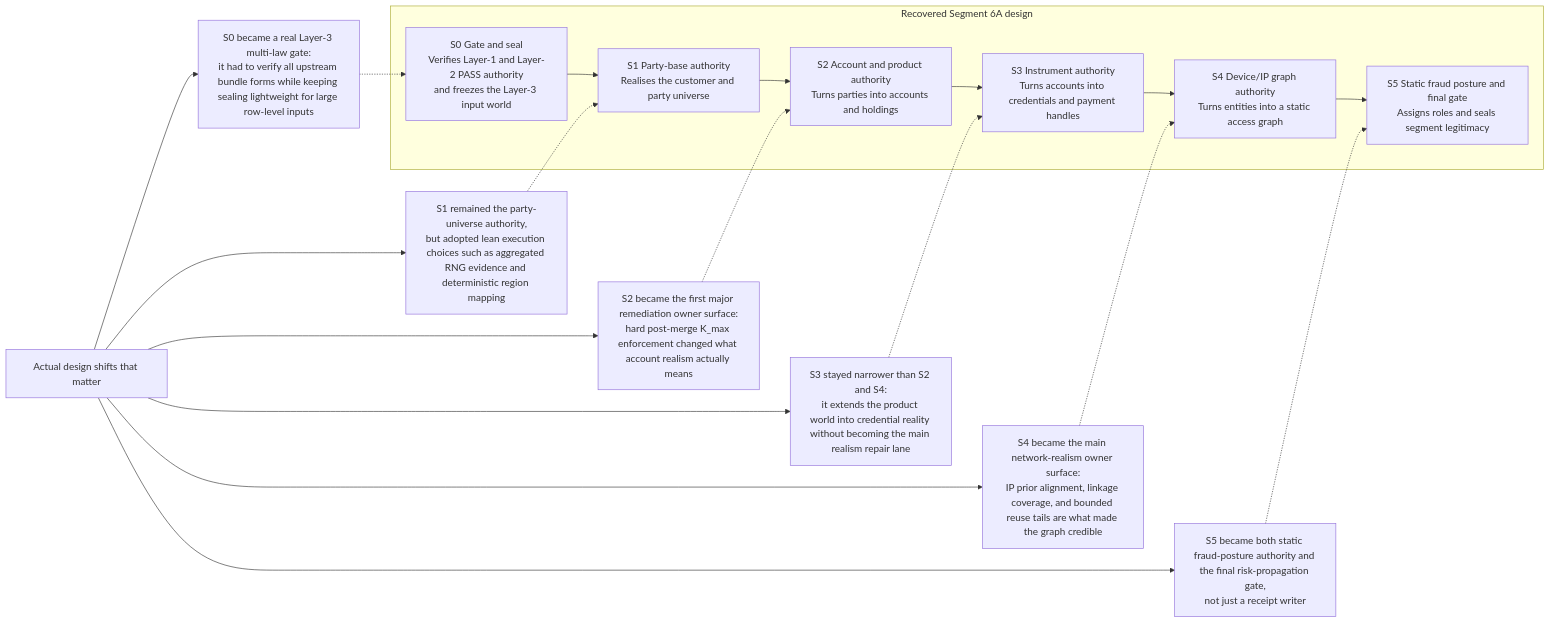
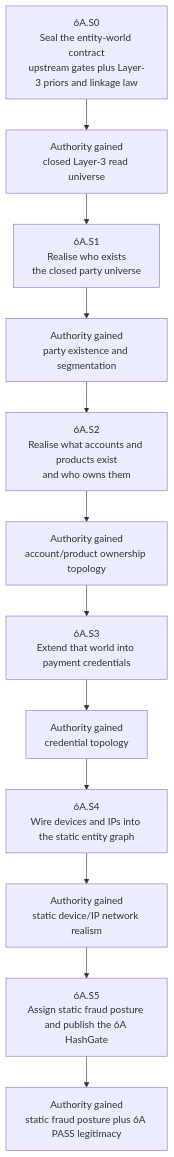
The diagram in docs/design/data-engine/layer-3/6A/6A-overview-design-flow.mmd (EsosaOrumwese/fraud-detection-system), drawn with Mermaid before and after one commit. The commit also changed 23 other files, not shown here.

First line of the commit message:
Refactor design flows for layers 6A and 6B to enhance clarity and structure

```diff
--- a/docs/design/data-engine/layer-3/6A/6A-overview-design-flow.mmd
+++ b/docs/design/data-engine/layer-3/6A/6A-overview-design-flow.mmd
@@ -1,25 +1,16 @@
-flowchart LR
-  subgraph intent["Recovered Segment 6A design"]
-    A0["S0 Gate and seal<br/>Verifies Layer-1 and Layer-2 PASS authority<br/>and freezes the Layer-3 input world"]
-    A1["S1 Party-base authority<br/>Realises the customer and party universe"]
-    A2["S2 Account and product authority<br/>Turns parties into accounts and holdings"]
-    A3["S3 Instrument authority<br/>Turns accounts into credentials and payment handles"]
-    A4["S4 Device/IP graph authority<br/>Turns entities into a static access graph"]
-    A5["S5 Static fraud posture and final gate<br/>Assigns roles and seals segment legitimacy"]
-  end
+flowchart TD
+  A0["6A.S0<br/>Seal the entity-world contract<br/>upstream gates plus Layer-3 priors and linkage law"]
+  A1["6A.S1<br/>Realise who exists<br/>the closed party universe"]
+  A2["6A.S2<br/>Realise what accounts and products exist<br/>and who owns them"]
+  A3["6A.S3<br/>Extend that world into payment credentials"]
+  A4["6A.S4<br/>Wire devices and IPs into the static entity graph"]
+  A5["6A.S5<br/>Assign static fraud posture and publish the 6A HashGate"]
 
-  A0 --> A1 --> A2 --> A3 --> A4 --> A5
+  B1["Authority gained<br/>closed Layer-3 read universe"]
+  B2["Authority gained<br/>party existence and segmentation"]
+  B3["Authority gained<br/>account/product ownership topology"]
+  B4["Authority gained<br/>credential topology"]
+  B5["Authority gained<br/>static device/IP network realism"]
+  B6["Authority gained<br/>static fraud posture plus 6A PASS legitimacy"]
 
-  B0["Actual design shifts that matter"] --> B1["S0 became a real Layer-3 multi-law gate:<br/>it had to verify all upstream bundle forms while keeping sealing lightweight for large row-level inputs"]
-  B0 --> B2["S1 remained the party-universe authority,<br/>but adopted lean execution choices such as aggregated RNG evidence and deterministic region mapping"]
-  B0 --> B3["S2 became the first major remediation owner surface:<br/>hard post-merge K_max enforcement changed what account realism actually means"]
-  B0 --> B4["S3 stayed narrower than S2 and S4:<br/>it extends the product world into credential reality without becoming the main realism repair lane"]
-  B0 --> B5["S4 became the main network-realism owner surface:<br/>IP prior alignment, linkage coverage, and bounded reuse tails are what made the graph credible"]
-  B0 --> B6["S5 became both static fraud-posture authority and the final risk-propagation gate,<br/>not just a receipt writer"]
-
-  B1 -.-> A0
-  B2 -.-> A1
-  B3 -.-> A2
-  B4 -.-> A3
-  B5 -.-> A4
-  B6 -.-> A5
+  A0 --> B1 --> A1 --> B2 --> A2 --> B3 --> A3 --> B4 --> A4 --> B5 --> A5 --> B6
```
